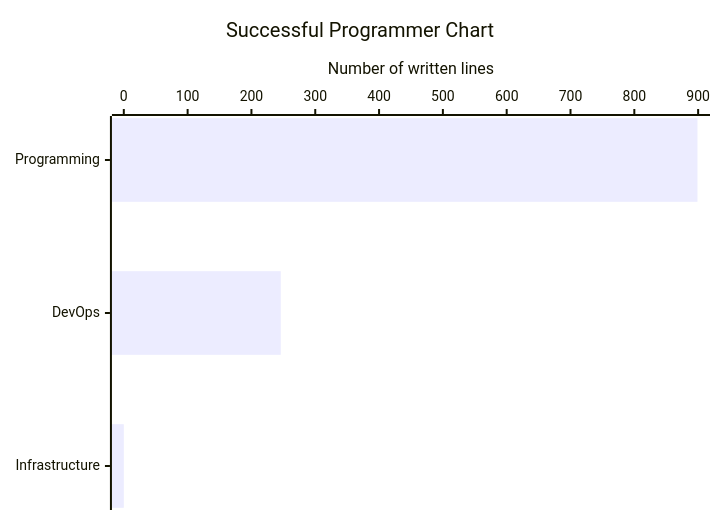
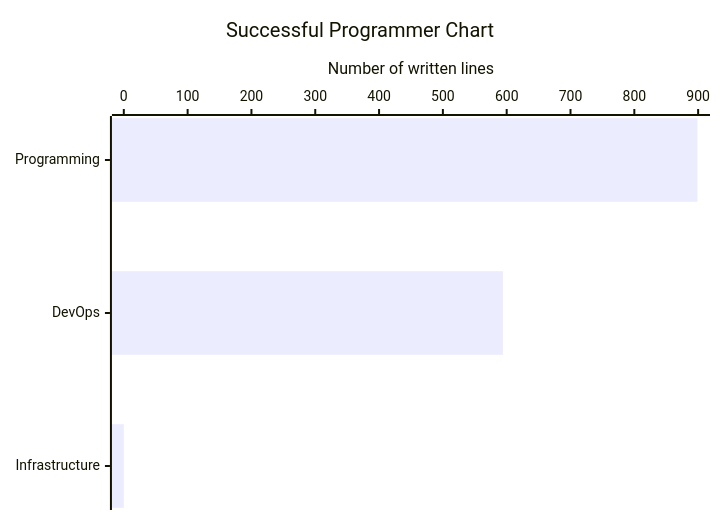
Before and after one commit to bezerraescossia/Sucessful-Programmer-Journey: the diagram in README.md, drawn with Mermaid. The commit also changed 49 other files, not shown here.

````diff
--- a/README.md
+++ b/README.md
@@ -42,7 +42,7 @@
 ```mermaid
 xychart horizontal
     title "Successful Programmer Chart"
     x-axis ["Programming", "DevOps", "Infrastructure"]
     y-axis "Number of written lines" 0 --> 900
-    bar [899, 246, 0]
+    bar [899, 594, 0]
 ```
````
